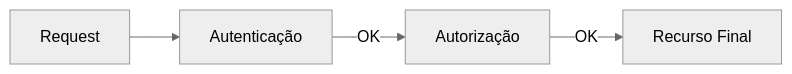
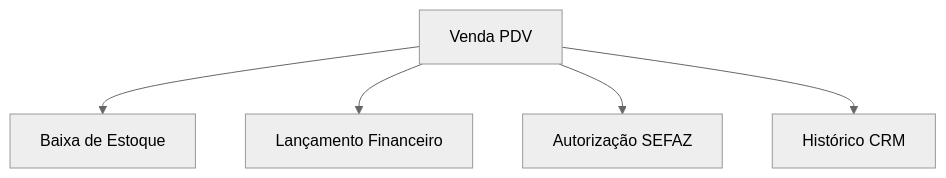
The diagram in docs/slides/src/slide-10.md (ricardotecpro/adm_gestao_tiaa), drawn with Mermaid (neutral theme) before and after one commit. The commit also changed other lines of this file and 62 other files, not shown here.

````diff
--- a/docs/slides/src/slide-10.md
+++ b/docs/slides/src/slide-10.md
@@ -35,6 +26,7 @@
 ```mermaid
-graph LR
-    Req[Request] --> Auth[Autenticação]
-    Auth --> |OK| Role[Autorização]
-    Role --> |OK| Controller[Recurso Final]
+graph TD
+    V[Venda PDV] --> E[Baixa de Estoque]
+    V --> F[Lançamento Financeiro]
+    V --> TAX[Autorização SEFAZ]
+    V --> C[Histórico CRM]
 ```
````
